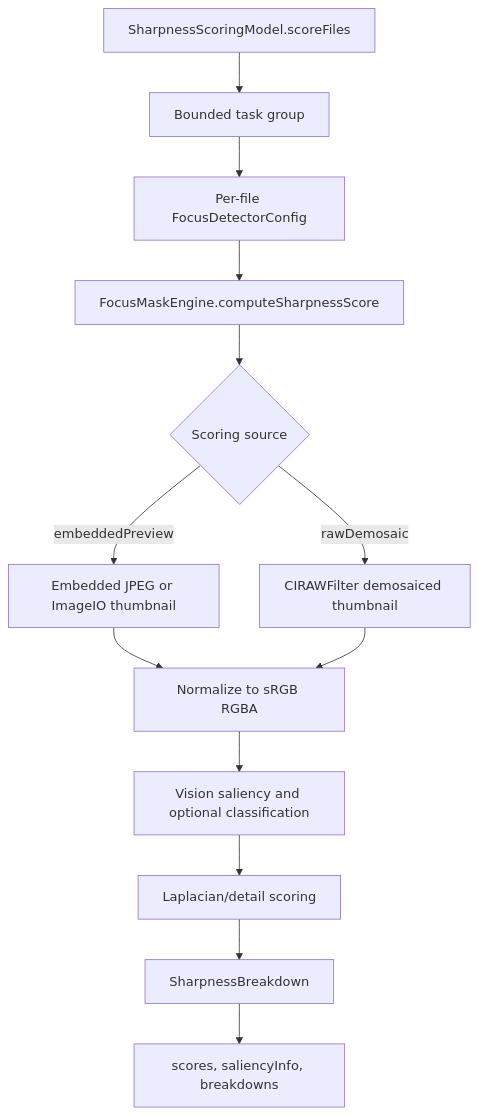
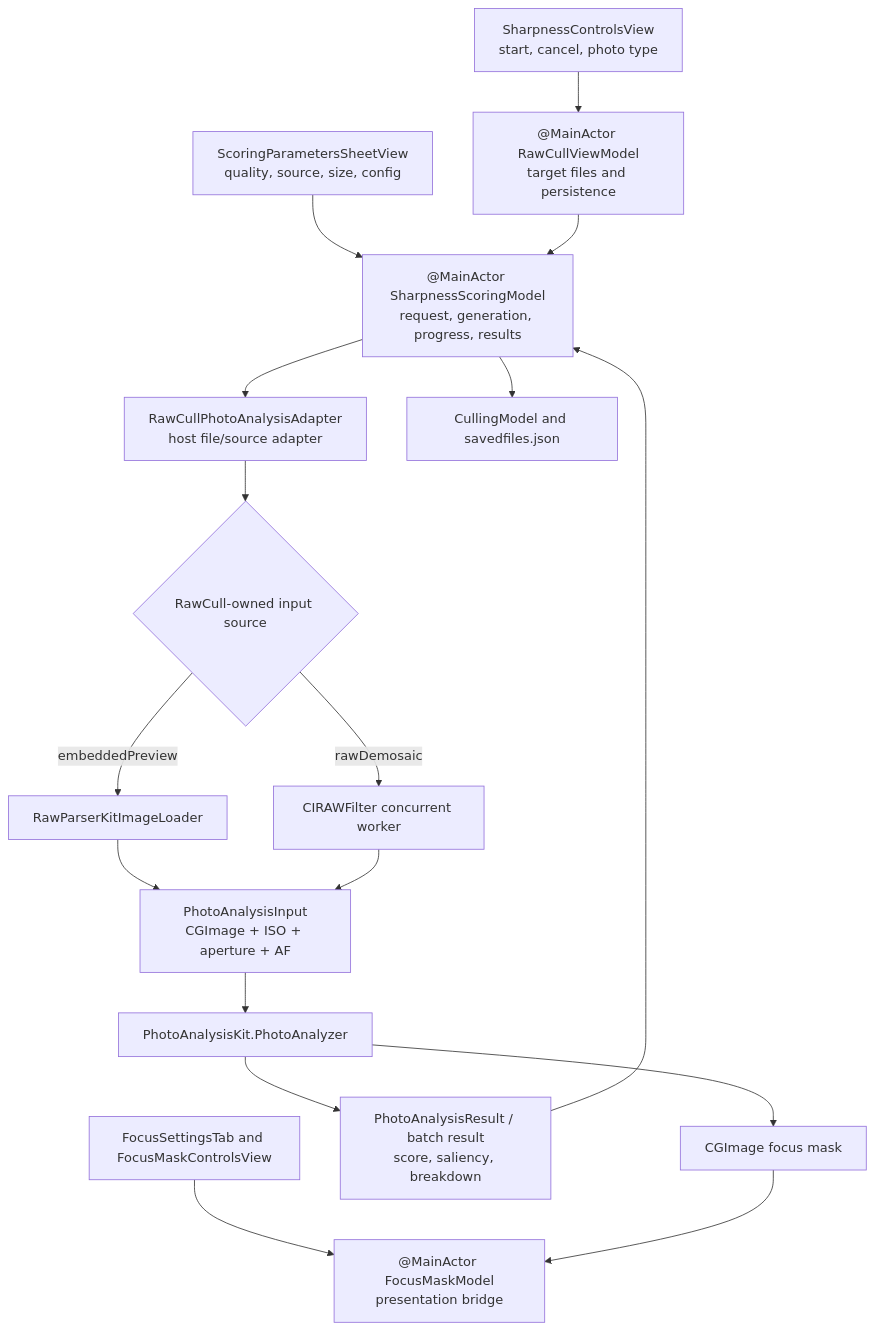
The diagram in content/en/docs/focusmask.md (rsyncOSX/TechDocRawcull), drawn with Mermaid before and after one commit. The commit also changed other lines of this file and 3 other files, not shown here.

````diff
--- a/content/en/docs/focusmask.md
+++ b/content/en/docs/focusmask.md
@@ -34,15 +34,19 @@
 ```mermaid
 flowchart TD
-    A["SharpnessScoringModel.scoreFiles"] --> B["Bounded task group"]
-    B --> C["Per-file FocusDetectorConfig"]
-    C --> D["FocusMaskEngine.computeSharpnessScore"]
-    D --> E{"Scoring source"}
-    E -->|"embeddedPreview"| F["Embedded JPEG or ImageIO thumbnail"]
-    E -->|"rawDemosaic"| G["CIRAWFilter demosaiced thumbnail"]
-    F --> H["Normalize to sRGB RGBA"]
-    G --> H
-    H --> I["Vision saliency and optional classification"]
-    I --> J["Laplacian/detail scoring"]
-    J --> K["SharpnessBreakdown"]
-    K --> L["scores, saliencyInfo, breakdowns"]
+    CONTROLS["SharpnessControlsView<br/>start, cancel, photo type"] --> VM["@MainActor RawCullViewModel<br/>target files and persistence"]
+    SHEET["ScoringParametersSheetView<br/>quality, source, size, config"] --> MODEL["@MainActor SharpnessScoringModel<br/>request, generation, progress, results"]
+    SETTINGS["FocusSettingsTab and FocusMaskControlsView"] --> FM["@MainActor FocusMaskModel<br/>presentation bridge"]
+    VM --> MODEL
+    MODEL --> ADAPTER["RawCullPhotoAnalysisAdapter<br/>host file/source adapter"]
+    ADAPTER --> LOAD{"RawCull-owned input source"}
+    LOAD -->|"embeddedPreview"| RPK["RawParserKitImageLoader"]
+    LOAD -->|"rawDemosaic"| RAW["CIRAWFilter concurrent worker"]
+    RPK --> INPUT["PhotoAnalysisInput<br/>CGImage + ISO + aperture + AF"]
+    RAW --> INPUT
+    INPUT --> ANALYZER["PhotoAnalysisKit.PhotoAnalyzer"]
+    ANALYZER --> RESULTS["PhotoAnalysisResult / batch result<br/>score, saliency, breakdown"]
+    ANALYZER --> MASK["CGImage focus mask"]
+    RESULTS --> MODEL
+    MASK --> FM
+    MODEL --> PERSIST["CullingModel and savedfiles.json"]
 ```
````
